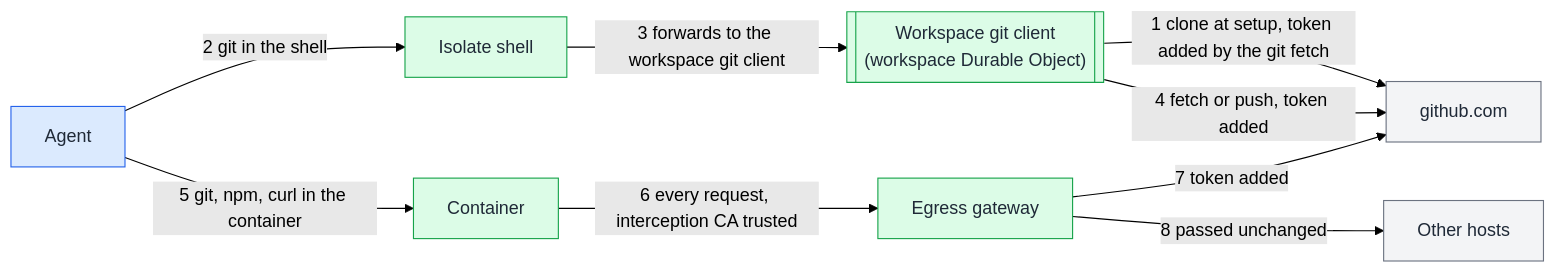
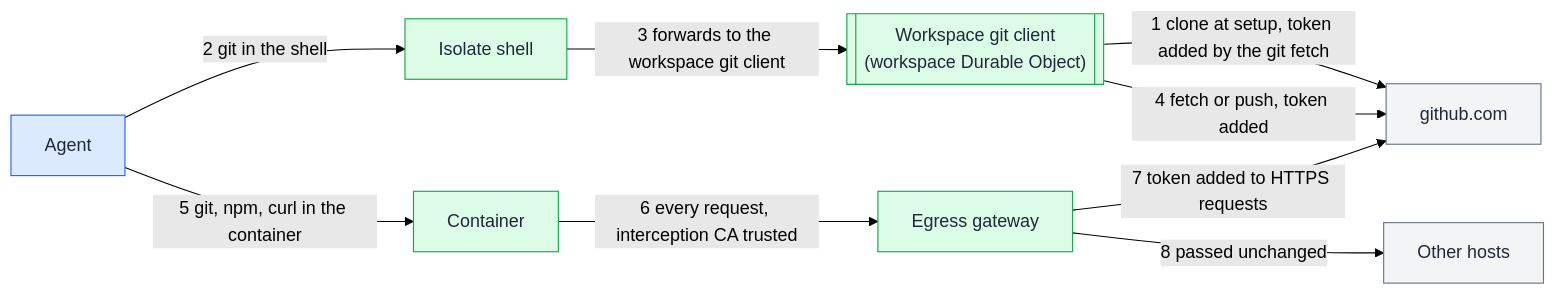
Before and after one commit to asermax/tentacles: the diagram in docs/technical-design/providers/cloudflare/computer-workspace.md, drawn with Mermaid (forest theme). The commit also changed other lines of this file and 8 other files, not shown here.

````diff
--- a/docs/technical-design/providers/cloudflare/computer-workspace.md
+++ b/docs/technical-design/providers/cloudflare/computer-workspace.md
@@ -48,25 +61,25 @@
 ```mermaid
 flowchart LR
   ag@{ shape: rect, label: "Agent" }
   so@{ shape: subproc, label: "Workspace git client
   (workspace Durable Object)" }
   sh@{ shape: rect, label: "Isolate shell" }
   ct@{ shape: rect, label: "Container" }
   gw@{ shape: rect, label: "Egress gateway" }
   gh@{ shape: rect, label: "github.com" }
   oh@{ shape: rect, label: "Other hosts" }
   so -->|"1 clone at setup, token added by the git fetch"| gh
   ag -->|"2 git in the shell"| sh
   sh -->|"3 forwards to the workspace git client"| so
   so -->|"4 fetch or push, token added"| gh
   ag -->|"5 git, npm, curl in the container"| ct
   ct -->|"6 every request, interception CA trusted"| gw
-  gw -->|"7 token added"| gh
+  gw -->|"7 token added to HTTPS requests"| gh
   gw -->|"8 passed unchanged"| oh
   classDef worker fill:#dbeafe,stroke:#2563eb,color:#1f2937
   classDef flow fill:#dcfce7,stroke:#16a34a,color:#1f2937
   classDef ext fill:#f3f4f6,stroke:#6b7280,color:#1f2937
   class ag worker
   class so,sh,ct,gw flow
   class gh,oh ext
 ```
````
